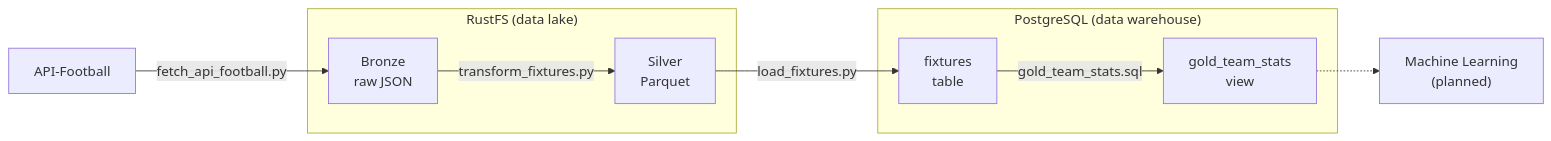
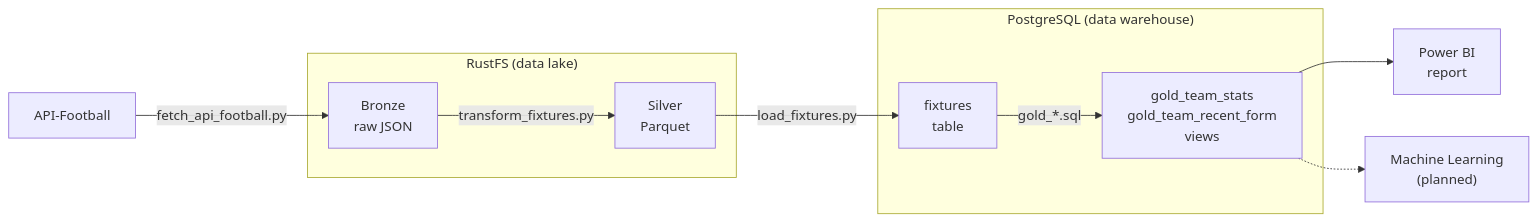
The diagram in README.md (tgolecki04/football-data-pipeline), drawn with Mermaid before and after one commit. The commit also changed other lines of this file, not shown here.

Commit message:
docs(readme): document multi-season loading and Power BI report.

````diff
--- a/README.md
+++ b/README.md
@@ -31,20 +32,22 @@
 ```mermaid
 flowchart LR
     API["API-Football"] -->|"fetch_api_football.py"| Bronze
 
     subgraph RustFS["RustFS (data lake)"]
         Bronze["Bronze<br/>raw JSON"]
         Silver["Silver<br/>Parquet"]
     end
 
     Bronze -->|"transform_fixtures.py"| Silver
     Silver -->|"load_fixtures.py"| Fixtures
 
     subgraph PG["PostgreSQL (data warehouse)"]
         Fixtures["fixtures<br/>table"]
-        Gold["gold_team_stats<br/>view"]
+        Gold["gold_team_stats<br/>gold_team_recent_form<br/>views"]
     end
 
-    Fixtures -->|"gold_team_stats.sql"| Gold
+    Fixtures -->|"gold_*.sql"| Gold
+    Gold --> BI["Power BI<br/>report"]
     Gold -.-> ML["Machine Learning<br/>(planned)"]
+
 ```
````
